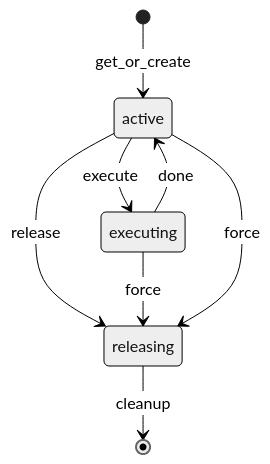
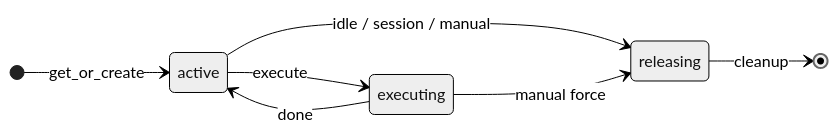
The third of 4 diagrams in .harness/knowledge/06-domain-model.md (niean/n-agent), drawn with Mermaid (neutral theme) before and after one commit. The commit also changed other lines of this file and 7 other files, not shown here.

````diff
--- a/.harness/knowledge/06-domain-model.md
+++ b/.harness/knowledge/06-domain-model.md
@@ -288,10 +353,11 @@
 ```mermaid
+%% align: left
 stateDiagram-v2
+  direction LR
   [*] --> active: get_or_create
   active --> executing: execute
   executing --> active: done
-  active --> releasing: release
-  executing --> releasing: force
-  active --> releasing: force
+  active --> releasing: idle / session / manual
+  executing --> releasing: manual force
   releasing --> [*]: cleanup
 ```
````
